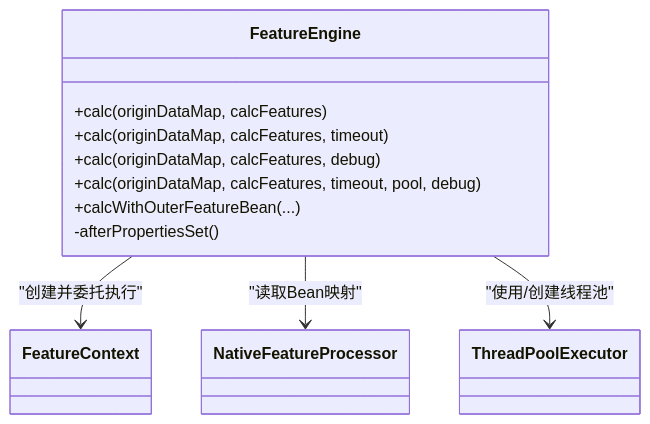
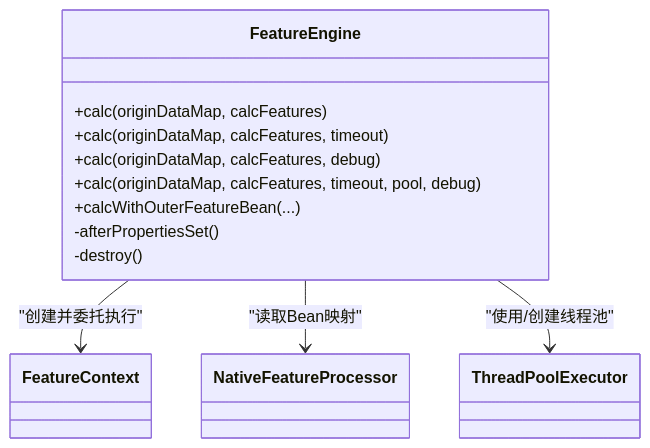
One commit to txzhanghuan/feature changed the third of 9 diagrams in .qoder/repowiki/zh/content/核心架构.md. Above: the diagram before and after it, drawn with Mermaid. The commit also changed other lines of this file and 48 other files, not shown here.

````diff
--- a/.qoder/repowiki/zh/content/核心架构.md
+++ b/.qoder/repowiki/zh/content/核心架构.md
@@ -200,17 +218,18 @@
 ```mermaid
 classDiagram
 class FeatureEngine {
 +calc(originDataMap, calcFeatures)
 +calc(originDataMap, calcFeatures, timeout)
 +calc(originDataMap, calcFeatures, debug)
 +calc(originDataMap, calcFeatures, timeout, pool, debug)
 +calcWithOuterFeatureBean(...)
 -afterPropertiesSet()
+-destroy()
 }
 class FeatureContext
 class NativeFeatureProcessor
 class ThreadPoolExecutor
 FeatureEngine --> FeatureContext : "创建并委托执行"
 FeatureEngine --> NativeFeatureProcessor : "读取Bean映射"
 FeatureEngine --> ThreadPoolExecutor : "使用/创建线程池"
 ```
````
